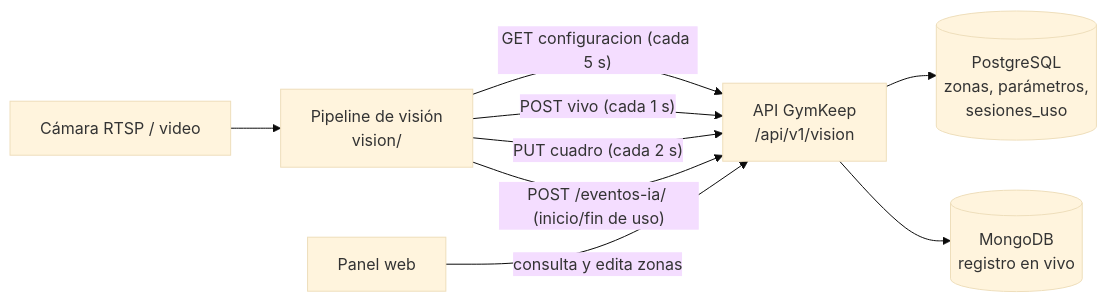
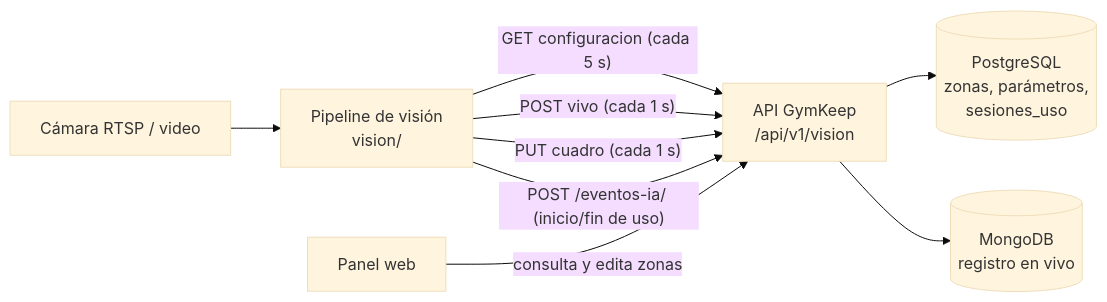
Before and after one commit to Luissalamanca23/CAPSTONE_Grupo6_PM: the diagram in GymKeep/vision/INTEGRACION.md, drawn with Mermaid (base theme). The commit also changed other lines of this file and 36 other files, not shown here.

````diff
--- a/GymKeep/vision/INTEGRACION.md
+++ b/GymKeep/vision/INTEGRACION.md
@@ -19,11 +19,11 @@
 ```mermaid
 flowchart LR
     CAM[Cámara RTSP / video] --> PIPE[Pipeline de visión<br/>vision/]
     PIPE -- "GET configuracion (cada 5 s)" --> API
     PIPE -- "POST vivo (cada 1 s)" --> API
-    PIPE -- "PUT cuadro (cada 2 s)" --> API
+    PIPE -- "PUT cuadro (cada 1 s)" --> API
     PIPE -- "POST /eventos-ia/ (inicio/fin de uso)" --> API
     API[API GymKeep<br/>/api/v1/vision] --> PG[(PostgreSQL<br/>zonas, parámetros,<br/>sesiones_uso)]
     API --> MG[(MongoDB<br/>registro en vivo)]
     PANEL[Panel web] -- "consulta y edita zonas" --> API
 ```
````
